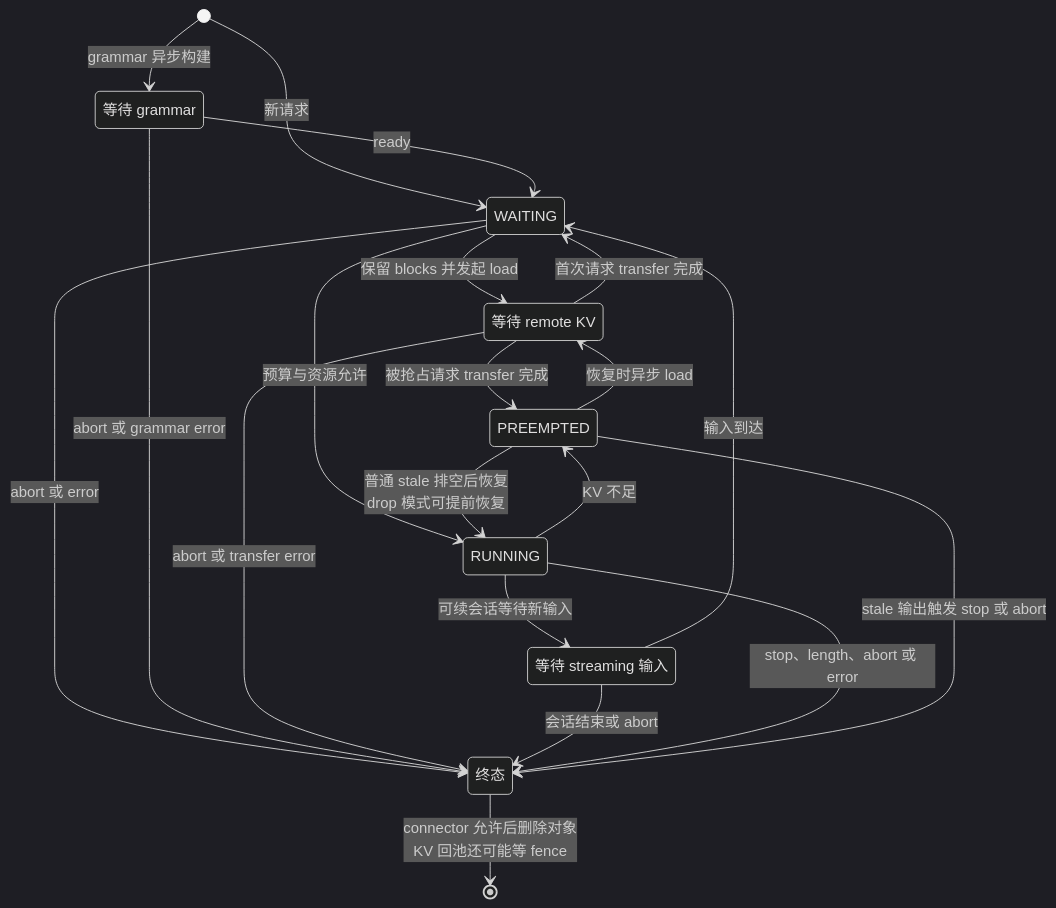
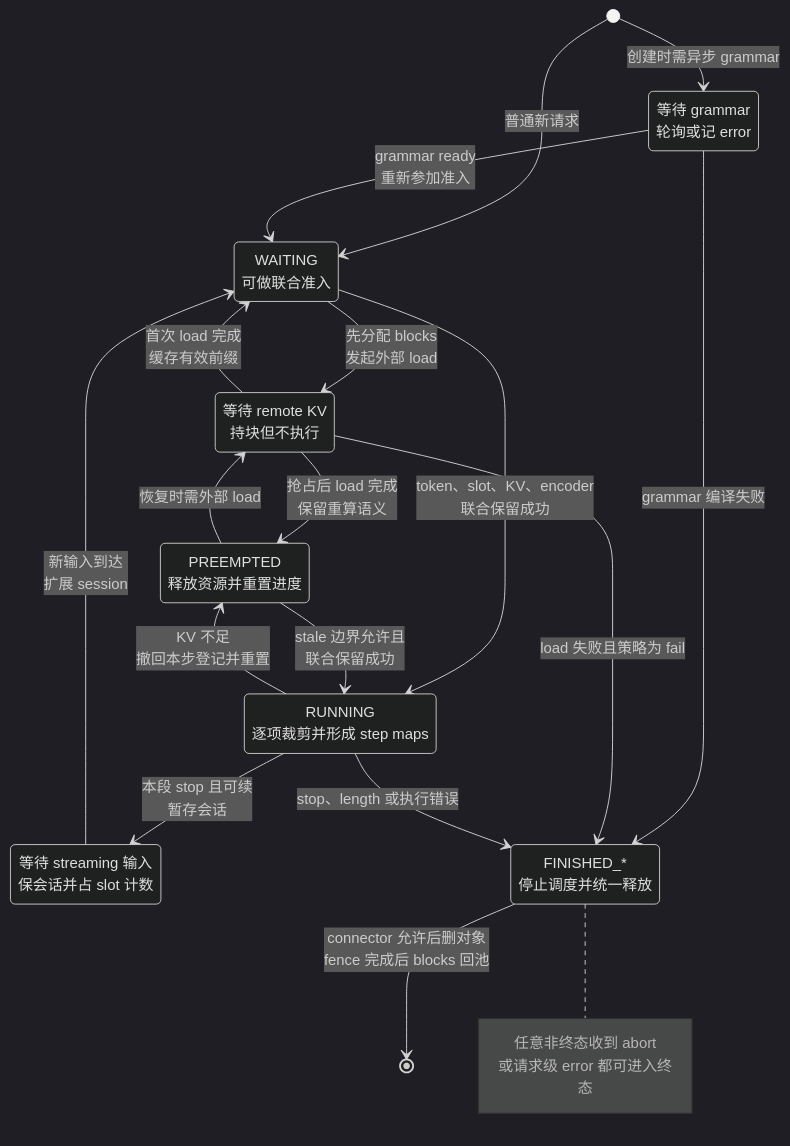
One commit to suhaibo666/llm-knowledge changed the third of 6 diagrams in wiki/02_engineering/03_infer_frameworks/vllm/07_vllm_scheduler_analysis.md. Above: the diagram before and after it, drawn with Mermaid (dark theme). The commit also changed other lines of this file and 2 other files, not shown here.

````diff
--- a/wiki/02_engineering/03_infer_frameworks/vllm/07_vllm_scheduler_analysis.md
+++ b/wiki/02_engineering/03_infer_frameworks/vllm/07_vllm_scheduler_analysis.md
@@ -56,29 +109,29 @@
 ```mermaid
 stateDiagram-v2
-    state "WAITING" as W
-    state "等待 grammar" as G
-    state "等待 remote KV" as K
-    state "等待 streaming 输入" as S
-    state "RUNNING" as R
-    state "PREEMPTED" as P
-    state "终态" as F
-    [*] --> W: 新请求
-    [*] --> G: grammar 异步构建
-    G --> W: ready
-    W --> K: 保留 blocks 并发起 load
-    P --> K: 恢复时异步 load
-    K --> W: 首次请求 transfer 完成
-    K --> P: 被抢占请求 transfer 完成
-    W --> R: 预算与资源允许
-    P --> R: 普通 stale 排空后恢复<br/>drop 模式可提前恢复
-    R --> P: KV 不足
-    R --> S: 可续会话等待新输入
-    S --> W: 输入到达
-    W --> F: abort 或 error
-    G --> F: abort 或 grammar error
-    K --> F: abort 或 transfer error
-    S --> F: 会话结束或 abort
-    R --> F: stop、length、abort 或 error
-    P --> F: stale 输出触发 stop 或 abort
-    F --> [*]: connector 允许后删除对象<br/>KV 回池还可能等 fence
+    state "WAITING<br/>可做联合准入" as W
+    state "等待 grammar<br/>轮询或记 error" as G
+    state "等待 remote KV<br/>持块但不执行" as K
+    state "等待 streaming 输入<br/>保会话并占 slot 计数" as S
+    state "RUNNING<br/>逐项裁剪并形成 step maps" as R
+    state "PREEMPTED<br/>释放资源并重置进度" as P
+    state "FINISHED_*<br/>停止调度并统一释放" as F
+    [*] --> W: 普通新请求
+    [*] --> G: 创建时需异步 grammar
+    G --> W: grammar ready<br/>重新参加准入
+    W --> K: 先分配 blocks<br/>发起外部 load
+    P --> K: 恢复时需外部 load
+    K --> W: 首次 load 完成<br/>缓存有效前缀
+    K --> P: 抢占后 load 完成<br/>保留重算语义
+    W --> R: token、slot、KV、encoder<br/>联合保留成功
+    P --> R: stale 边界允许且<br/>联合保留成功
+    R --> P: KV 不足<br/>撤回本步登记并重置
+    R --> S: 本段 stop 且可续<br/>暂存会话
+    S --> W: 新输入到达<br/>扩展 session
+    G --> F: grammar 编译失败
+    K --> F: load 失败且策略为 fail
+    R --> F: stop、length 或执行错误
+    F --> [*]: connector 允许后删对象<br/>fence 完成后 blocks 回池
+    note right of F
+        任意非终态收到 abort<br/>或请求级 error 都可进入终态
+    end note
 ```
````
